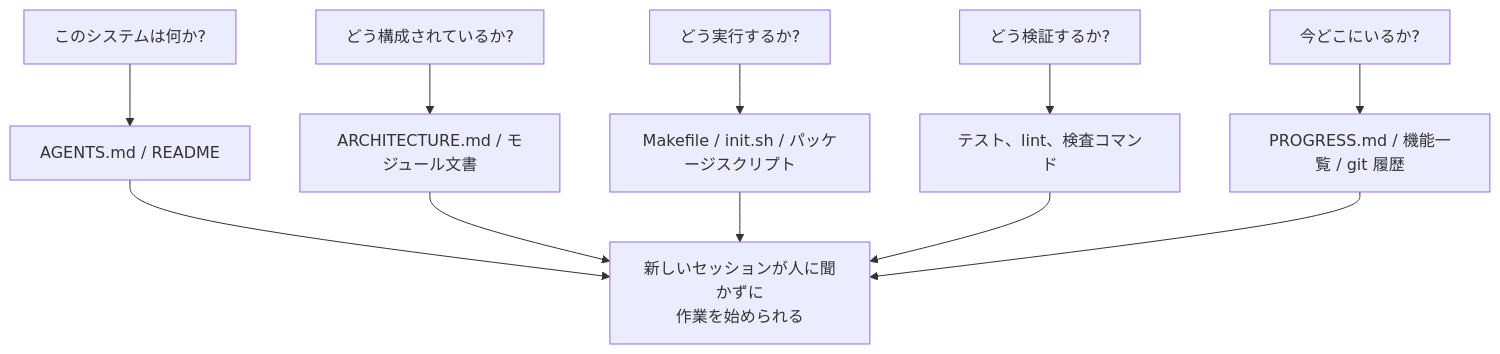
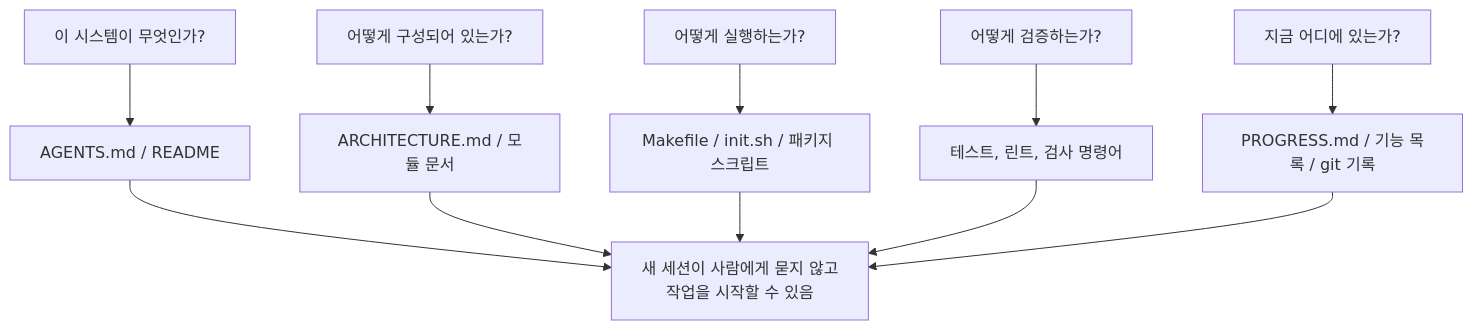
The second of 2 diagrams in docs/ko/lectures/lecture-03-why-the-repository-must-become-the-system-of-record/index.md (mkusaka/learn-harness-engineering), drawn with Mermaid before and after one commit. The commit also changed other lines of this file and 684 other files, not shown here.

````diff
--- a/docs/ko/lectures/lecture-03-why-the-repository-must-become-the-system-of-record/index.md
+++ b/docs/ko/lectures/lecture-03-why-the-repository-must-become-the-system-of-record/index.md
@@ -39,14 +39,14 @@
 ```mermaid
 flowchart TB
-    Q1["このシステムは何か?"] --> A1["AGENTS.md / README"]
-    Q2["どう構成されているか?"] --> A2["ARCHITECTURE.md / モジュール文書"]
-    Q3["どう実行するか?"] --> A3["Makefile / init.sh / パッケージスクリプト"]
-    Q4["どう検証するか?"] --> A4["テスト、lint、検査コマンド"]
-    Q5["今どこにいるか?"] --> A5["PROGRESS.md / 機能一覧 / git 履歴"]
+    Q1["이 시스템이 무엇인가?"] --> A1["AGENTS.md / README"]
+    Q2["어떻게 구성되어 있는가?"] --> A2["ARCHITECTURE.md / 모듈 문서"]
+    Q3["어떻게 실행하는가?"] --> A3["Makefile / init.sh / 패키지 스크립트"]
+    Q4["어떻게 검증하는가?"] --> A4["테스트, 린트, 검사 명령어"]
+    Q5["지금 어디에 있는가?"] --> A5["PROGRESS.md / 기능 목록 / git 기록"]
 
-    A1 --> Ready["新しいセッションが人に聞かずに<br/>作業を始められる"]
+    A1 --> Ready["새 세션이 사람에게 묻지 않고<br/>작업을 시작할 수 있음"]
     A2 --> Ready
     A3 --> Ready
     A4 --> Ready
     A5 --> Ready
 ```
````
